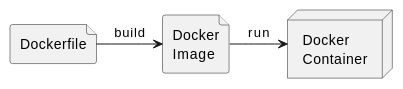
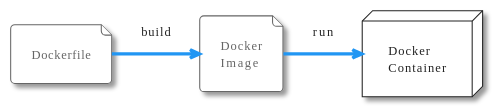
Before and after one commit to htl-leonding-college/docker-lecture-notes: the diagram in asciidocs/dockerfile.adoc, drawn with PlantUML. The commit also changed other lines of this file, not shown here.

Commit message:
change plantuml-theme

```diff
--- a/asciidocs/dockerfile.adoc
+++ b/asciidocs/dockerfile.adoc
@@ -41,11 +43,12 @@
-[plantuml,build-image,png]
+[plantuml,build-image,png,theme=sketchy-outline]
 ----
 @startuml
+!theme materia
 file Dockerfile as dockerfile
 file "Docker\nImage" as image
 node "Docker\nContainer" as container
 
 dockerfile -> image: build
 image -> container: run
 @enduml
 ----
```
